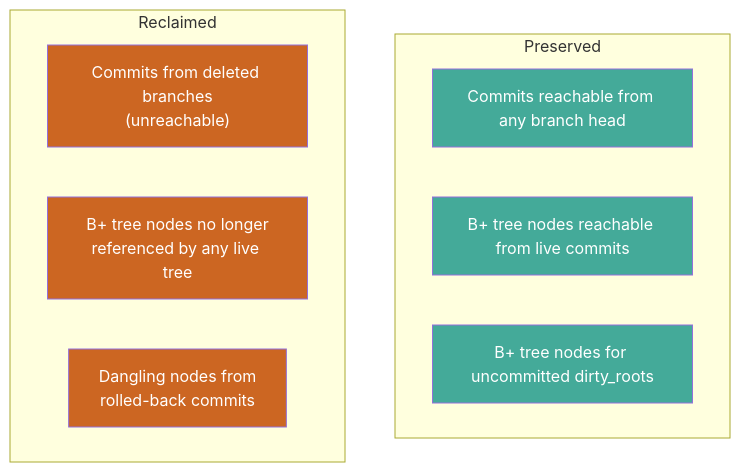
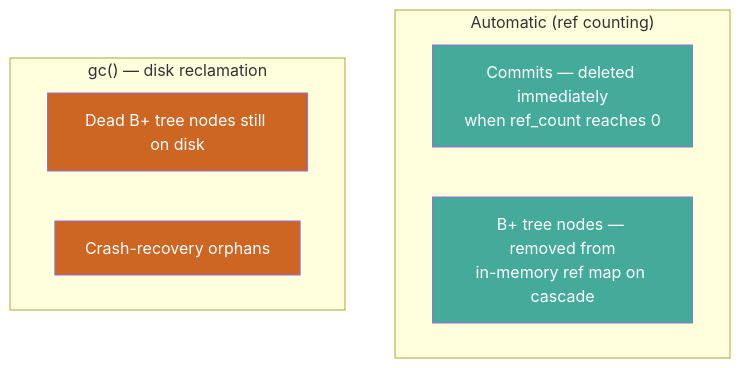
Before and after one commit to rust-util-collections/vsdb: diagram 15 of 19 in strata/docs/versioned.md, drawn with Mermaid. The commit also changed other lines of this file and 11 other files, not shown here.

````diff
--- a/strata/docs/versioned.md
+++ b/strata/docs/versioned.md
@@ -457,21 +474,17 @@
 ```mermaid
 graph TB
-    subgraph "Preserved"
-        P1["Commits reachable from any branch head"]
-        P2["B+ tree nodes reachable from live commits"]
-        P3["B+ tree nodes for uncommitted dirty_roots"]
+    subgraph "Automatic (ref counting)"
+        A1["Commits — deleted immediately<br/>when ref_count reaches 0"]
+        A2["B+ tree nodes — removed from<br/>in-memory ref map on cascade"]
     end
 
-    subgraph "Reclaimed"
-        R1["Commits from deleted branches<br/>(unreachable)"]
-        R2["B+ tree nodes no longer<br/>referenced by any live tree"]
-        R3["Dangling nodes from<br/>rolled-back commits"]
+    subgraph "gc() — disk reclamation"
+        R1["Dead B+ tree nodes still on disk"]
+        R2["Crash-recovery orphans"]
     end
 
+    style A1 fill:#4a9,color:#fff
+    style A2 fill:#4a9,color:#fff
     style R1 fill:#c62,color:#fff
     style R2 fill:#c62,color:#fff
-    style R3 fill:#c62,color:#fff
-    style P1 fill:#4a9,color:#fff
-    style P2 fill:#4a9,color:#fff
-    style P3 fill:#4a9,color:#fff
 ```
````
